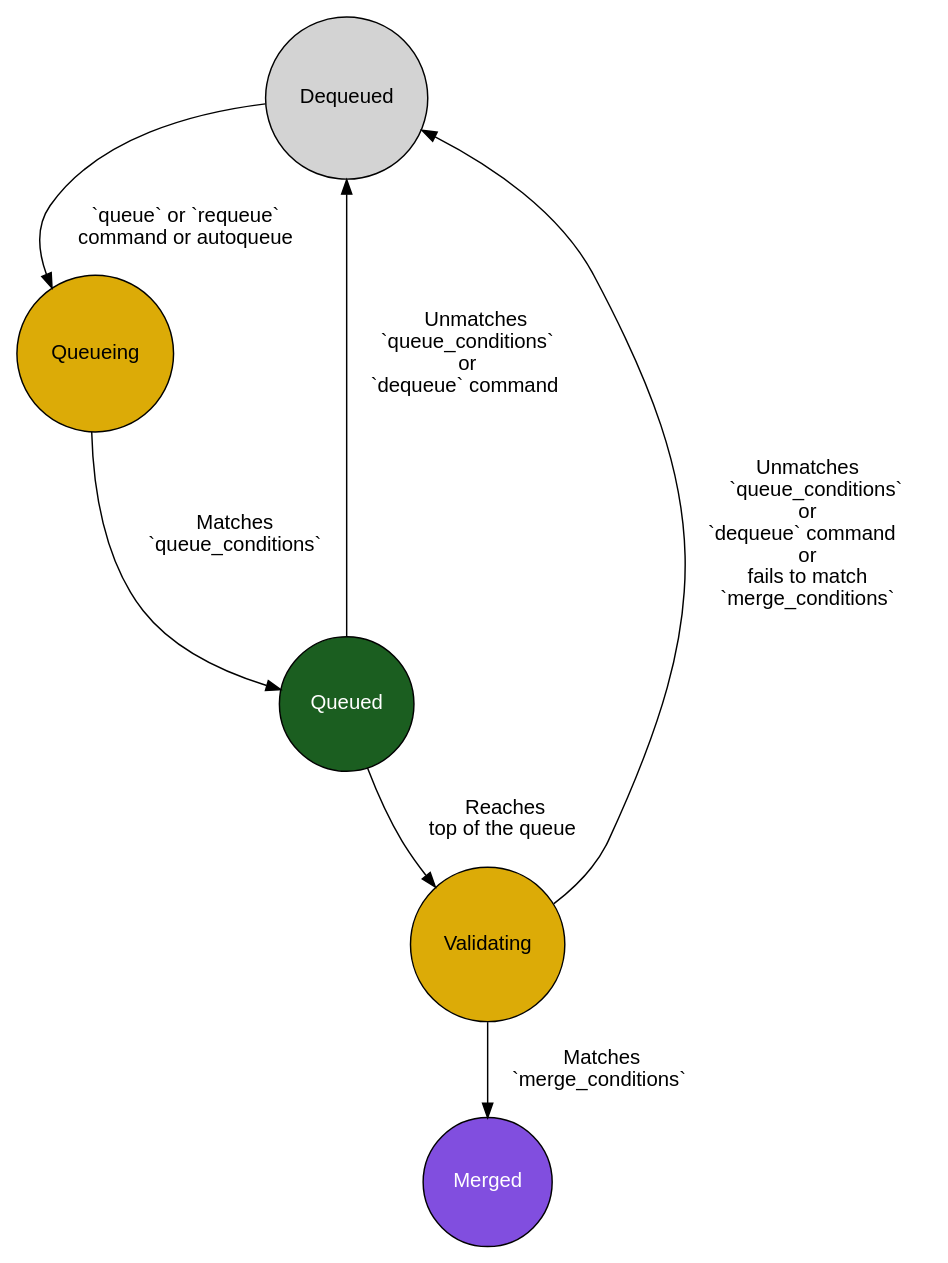
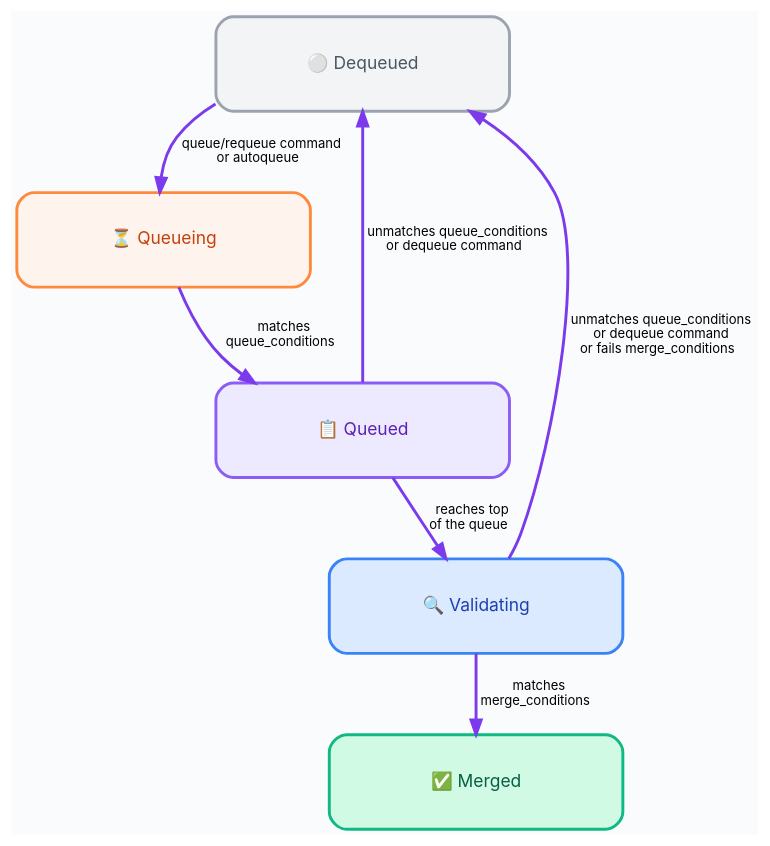
One commit to Mergifyio/docs changed the diagram in src/content/docs/merge-queue/lifecycle.mdx. Above: the diagram before and after it, drawn with Graphviz.

Commit message:
docs(mq): improve lifecycle schema (#9000)

````diff
--- a/src/content/docs/merge-queue/lifecycle.mdx
+++ b/src/content/docs/merge-queue/lifecycle.mdx
@@ -43,21 +43,71 @@
 ```dot class="graph"
 strict digraph {
-    fontname="sans-serif";
+    fontname="Inter, system-ui, sans-serif";
+    rankdir="TB";
+    bgcolor="#FAFBFC";
 
-    node [style=filled, shape=circle, fontcolor="black", fontname="sans-serif";];
-    edge [color="black", arrowhead=none, fontname="sans-serif", arrowhead=normal];
+    // Global node and edge styling
+    node [
+        style="filled,rounded",
+        shape=rect,
+        fontcolor="black",
+        fontname="Inter, system-ui, sans-serif",
+        fontsize=12,
+        margin=0.25,
+        penwidth=2,
+        width=2.8,
+        height=0.9
+    ];
 
-    Dequeued -> Queueing [label="    `queue` or `requeue`    \n    command or autoqueue    "];
-    Queueing -> Queued [label="Matches\n`queue_conditions`"];
+    edge [
+        color="#7C3AED",
+        arrowhead=normal,
+        fontname="Inter, system-ui, sans-serif",
+        fontsize=9,
+        penwidth=2
+    ];
 
-    Queued -> Dequeued [label="    Unmatches\n    `queue_conditions`   \nor\n    `dequeue` command    "]
-    Queued -> Validating [label="Reaches\n    top of the queue    "]
-    Validating -> Merged [label="Matches\n    `merge_conditions`    "];
-    Validating -> Dequeued [label="Unmatches\n    `queue_conditions` \nor\n    `dequeue` command     \nor\nfails to match\n`merge_conditions`"];
+    Dequeued [
+        label="⚪ Dequeued",
+        fillcolor="#F3F4F6",
+        color="#9CA3AF",
+        fontcolor="#4B5563"
+    ];
 
-    Validating [fillcolor="#DCAB07"];
-    Queueing [fillcolor="#DCAB07"];
-    Queued [fillcolor="#1b5e20", fontcolor="white"]
-    Merged [fillcolor="#814edf", fontcolor="white"];
+    Queueing [
+        label="⏳ Queueing",
+        fillcolor="#FFF4ED",
+        color="#FF8A3D",
+        fontcolor="#C2410C"
+    ];
+
+    Queued [
+        label="📋 Queued",
+        fillcolor="#EDE9FE",
+        color="#8B5CF6",
+        fontcolor="#5B21B6"
+    ];
+
+    Validating [
+        label="🔍 Validating",
+        fillcolor="#DBEAFE",
+        color="#3B82F6",
+        fontcolor="#1E40AF"
+    ];
+
+    Merged [
+        label="✅ Merged",
+        fillcolor="#D1FAE5",
+        color="#10B981",
+        fontcolor="#065F46"
+    ];
+
+    // Transitions with detailed labels
+    Dequeued -> Queueing [label="  queue/requeue command\n  or autoqueue  "];
+    Queueing -> Queued [label="  matches\n  queue_conditions  "];
+    Queued -> Dequeued [label="  unmatches queue_conditions\n  or dequeue command  "];
+    Queued -> Validating [label="  reaches top\n  of the queue  "];
+    Validating -> Merged [label="  matches\n  merge_conditions  "];
+    Validating -> Dequeued [label="  unmatches queue_conditions\n  or dequeue command\n  or fails merge_conditions  "];
 }
 ```
````
